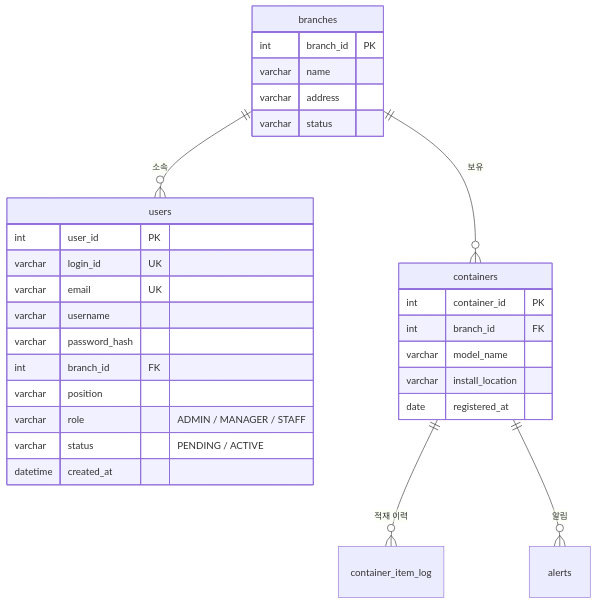
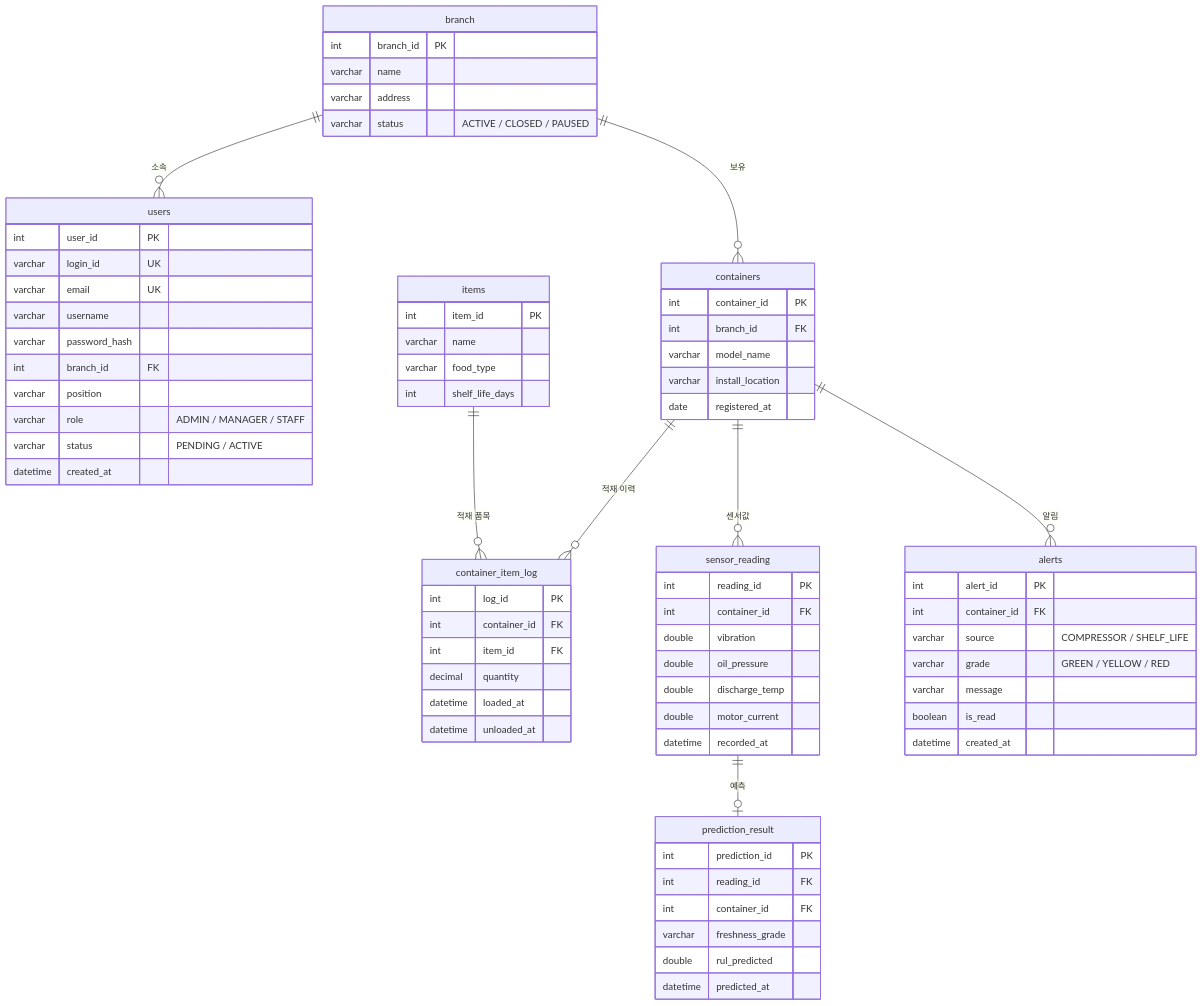
Before and after one commit to oraorajojo/frozen-container-phm: the second of 2 diagrams in README.md, drawn with Mermaid. The commit also changed other lines of this file, not shown here.

````diff
--- a/README.md
+++ b/README.md
@@ -36,33 +59,76 @@
 ```mermaid
 erDiagram
-    branches ||--o{ users : "소속"
-    branches ||--o{ containers : "보유"
+    branch ||--o{ users : "소속"
+    branch ||--o{ containers : "보유"
     containers ||--o{ container_item_log : "적재 이력"
+    items ||--o{ container_item_log : "적재 품목"
+    containers ||--o{ sensor_reading : "센서값"
+    sensor_reading ||--o| prediction_result : "예측"
     containers ||--o{ alerts : "알림"
 
-    branches {
+    branch {
         int branch_id PK
         varchar name
         varchar address
-        varchar status
+        varchar status "ACTIVE / CLOSED / PAUSED"
     }
     users {
         int user_id PK
         varchar login_id UK
         varchar email UK
         varchar username
         varchar password_hash
         int branch_id FK
         varchar position
         varchar role "ADMIN / MANAGER / STAFF"
         varchar status "PENDING / ACTIVE"
         datetime created_at
     }
     containers {
         int container_id PK
         int branch_id FK
         varchar model_name
         varchar install_location
         date registered_at
     }
+    items {
+        int item_id PK
+        varchar name
+        varchar food_type
+        int shelf_life_days
+    }
+    container_item_log {
+        int log_id PK
+        int container_id FK
+        int item_id FK
+        decimal quantity
+        datetime loaded_at
+        datetime unloaded_at
+    }
+    sensor_reading {
+        int reading_id PK
+        int container_id FK
+        double vibration
+        double oil_pressure
+        double discharge_temp
+        double motor_current
+        datetime recorded_at
+    }
+    prediction_result {
+        int prediction_id PK
+        int reading_id FK
+        int container_id FK
+        varchar freshness_grade
+        double rul_predicted
+        datetime predicted_at
+    }
+    alerts {
+        int alert_id PK
+        int container_id FK
+        varchar source "COMPRESSOR / SHELF_LIFE"
+        varchar grade "GREEN / YELLOW / RED"
+        varchar message
+        boolean is_read
+        datetime created_at
+    }
 ```
````
